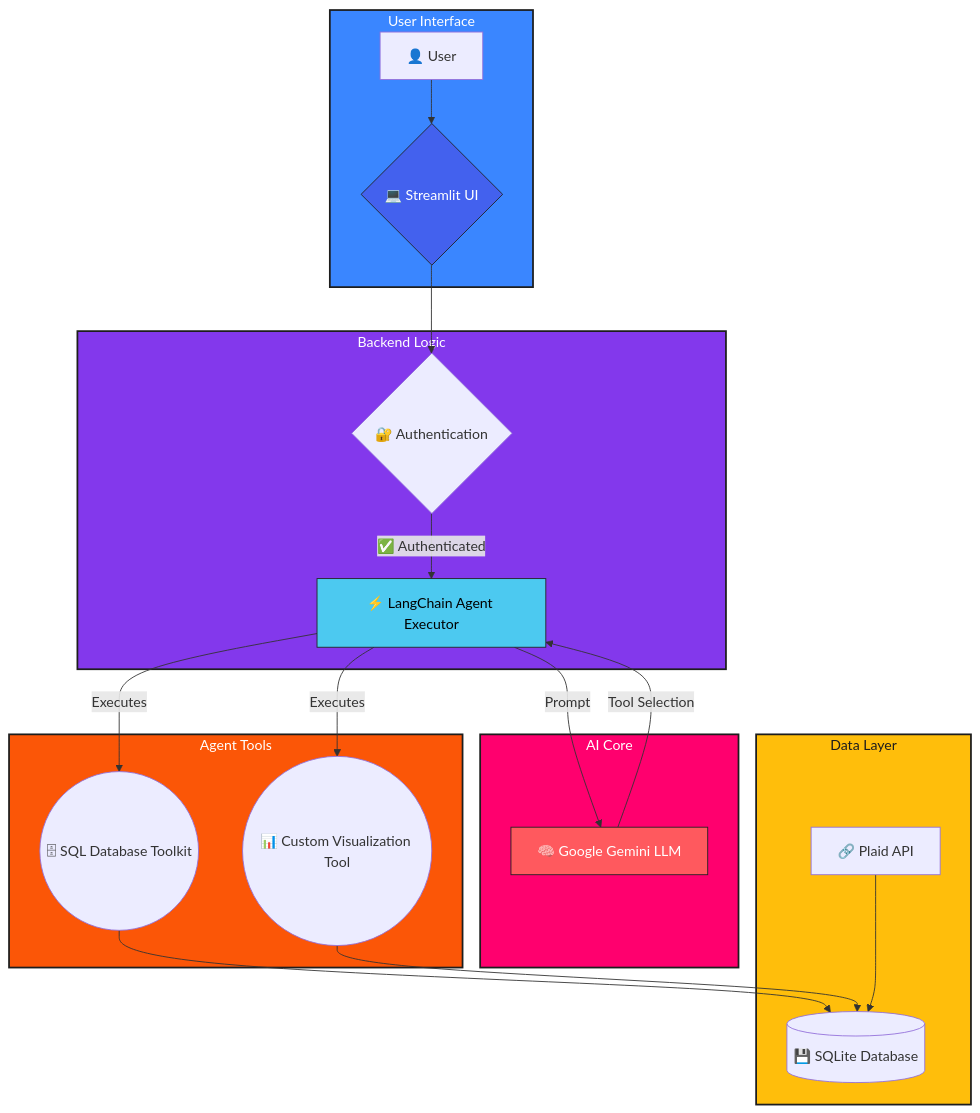
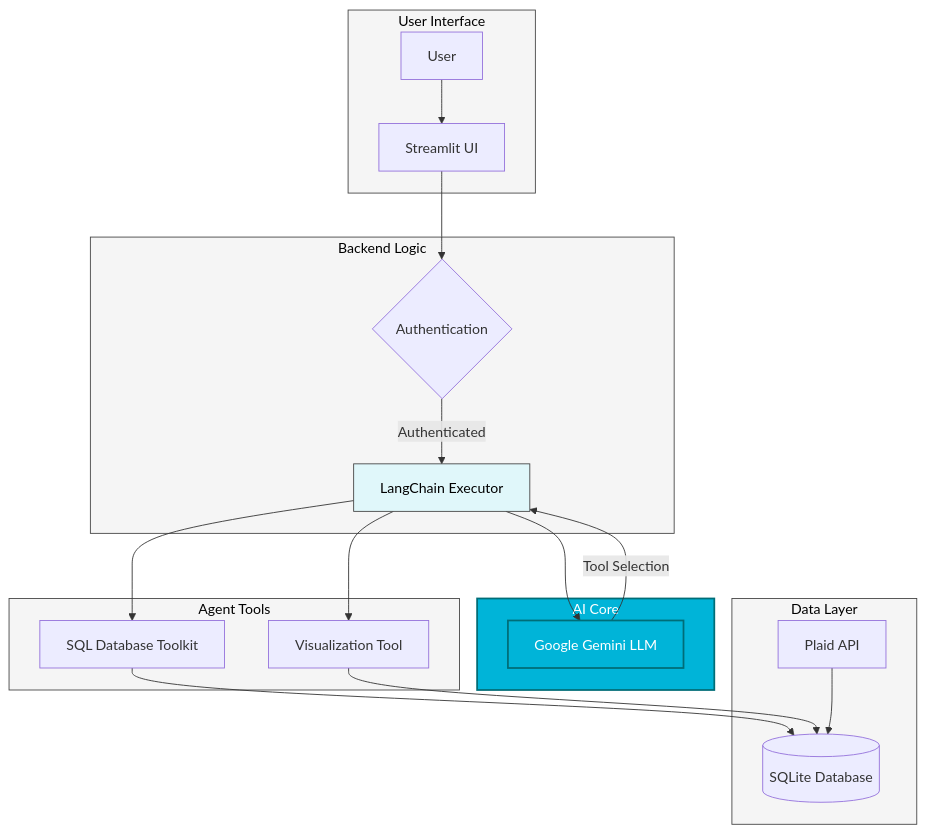
The diagram in README.md (RohanThawait/FinancialAgent), drawn with Mermaid before and after one commit.

`````diff
--- a/README.md
+++ b/README.md
@@ -22,44 +22,49 @@
 ```mermaid
 graph TD
     %% ==== USER INTERFACE ====
     subgraph UI[User Interface]
-        A[👤 User] --> B{💻 Streamlit UI};
+        A[User] --> B[Streamlit UI]
     end
 
     %% ==== BACKEND LOGIC ====
     subgraph Backend[Backend Logic]
-        B --> C{🔐 Authentication};
-        C -- ✅ Authenticated --> D[⚡ LangChain Agent Executor];
+        B --> C{Authentication}
+        C -- Authenticated --> D[LangChain Executor]
     end
 
-    %% ==== AI CORE ====
+    %% ==== AI CORE (HERO) ====
     subgraph AI[AI Core]
-        D -- Prompt --> E[🧠 Google Gemini LLM];
-        E -- Tool Selection --> D;
+        D --> E[Google Gemini LLM]
+        E -- Tool Selection --> D
     end
 
-    %% ==== TOOLS ====
+    %% ==== AGENT TOOLS ====
     subgraph Tools[Agent Tools]
-        D -- Executes --> F((🗄 SQL Database Toolkit));
-        D -- Executes --> G((📊 Custom Visualization Tool));
+        D --> F[SQL Database Toolkit]
+        D --> G[Visualization Tool]
     end
 
     %% ==== DATA LAYER ====
     subgraph Data[Data Layer]
-        F --> H[(💾 SQLite Database)];
-        G --> H;
-        I[🔗 Plaid API] --> H;
+        F --> H[(SQLite Database)]
+        G --> H
+        I[Plaid API] --> H
     end
 
     %% ==== STYLING ====
-    style UI fill:#3a86ff,stroke:#1d1d1d,stroke-width:2px,color:#fff
-    style Backend fill:#8338ec,stroke:#1d1d1d,stroke-width:2px,color:#fff
-    style AI fill:#ff006e,stroke:#1d1d1d,stroke-width:2px,color:#fff
-    style Tools fill:#fb5607,stroke:#1d1d1d,stroke-width:2px,color:#fff
-    style Data fill:#ffbe0b,stroke:#1d1d1d,stroke-width:2px,color:#1d1d1d
+    %% Neutral greys for most layers
+    style UI fill:#f5f5f5,stroke:#444,color:#000
+    style Backend fill:#f5f5f5,stroke:#444,color:#000
+    style Tools fill:#f5f5f5,stroke:#444,color:#000
+    style Data fill:#f5f5f5,stroke:#444,color:#000
 
-    %% Highlight Key Nodes
-    style B fill:#4361ee,stroke:#222,color:#fff
-    style D fill:#4cc9f0,stroke:#222,color:#000
-    style E fill:#ff595e,stroke:#222,color:#fff
+    %% Hero (AI Core) highlighted in teal
+    style AI fill:#00b4d8,stroke:#006d77,stroke-width:2px,color:#fff
+
+    %% Highlight Gemini LLM node
+    style E fill:#00b4d8,stroke:#006d77,stroke-width:2px,color:#fff
+
+    %% Subtle highlight for LangChain Executor (bridge to AI Core)
+    style D fill:#e0f7fa,stroke:#444,color:#000
+
 ````
`````
